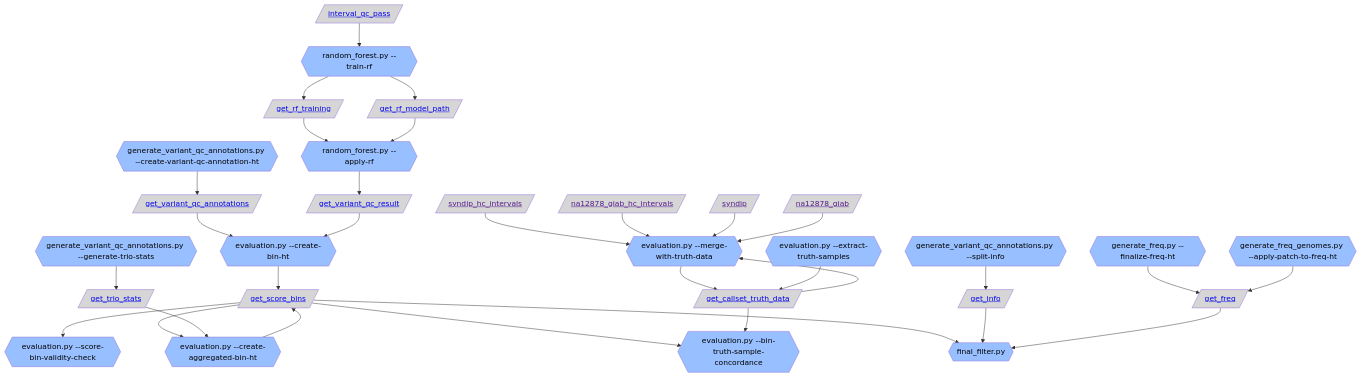
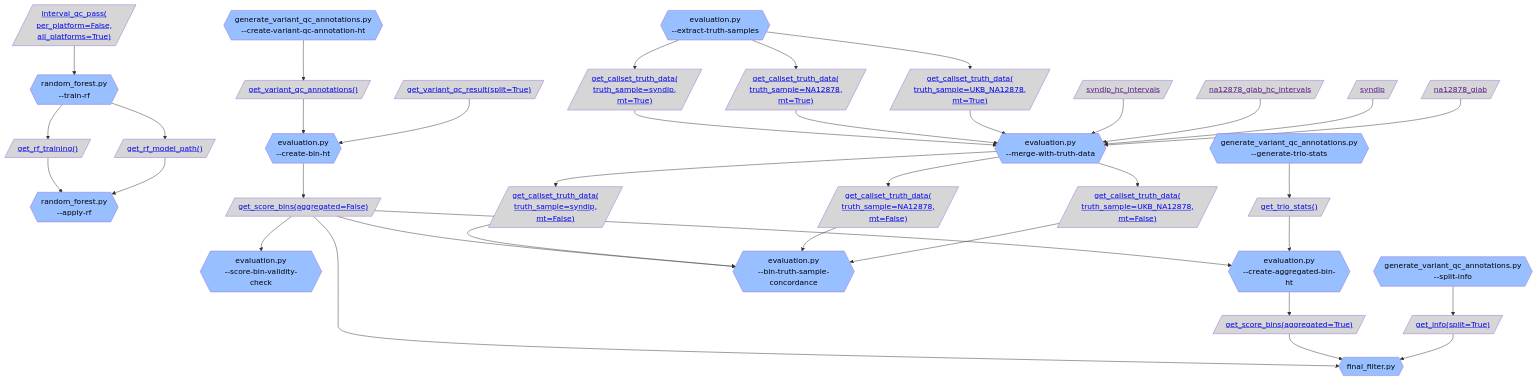
One commit to broadinstitute/gnomad_qc changed the first of 5 diagrams in gnomad_qc/v4/variant_qc/README.md. Above: the diagram before and after it, drawn with Mermaid. The commit also changed other lines of this file and 3 other files, not shown here.

````diff
--- a/gnomad_qc/v4/variant_qc/README.md
+++ b/gnomad_qc/v4/variant_qc/README.md
@@ -9,62 +9,95 @@
   classDef resource_color fill:#D6D6D6,color:#000000
   classDef validity_check_color fill:#2C5D4A,color:#000000
 
-  resource_interval_qc_pass[/"<a href='https://github.com/broadinstitute/gnomad_qc/tree/main/gnomad_qc/v4/resources/sample_qc.py#L306'>interval_qc_pass</a>"/]:::resource_color;
-  step_train_rf{{"random_forest.py --train-rf"}}:::step_color;
-  resource_get_rf_training[/"<a href='https://github.com/broadinstitute/gnomad_qc/tree/main/gnomad_qc/v4/resources/variant_qc.py#L238'>get_rf_training</a>"/]:::resource_color;
-  step_apply_rf{{"random_forest.py --apply-rf"}}:::step_color;
-  resource_get_rf_model_path[/"<a href='https://github.com/broadinstitute/gnomad_qc/tree/main/gnomad_qc/v4/resources/variant_qc.py#L222'>get_rf_model_path</a>"/]:::resource_color;
-  step_create_variant_qc_annotation_ht{{"generate_variant_qc_annotations.py --create-variant-qc-annotation-ht"}}:::step_color;
-  resource_get_variant_qc_annotations[/"<a href='https://github.com/broadinstitute/gnomad_qc/tree/main/gnomad_qc/v4/resources/annotations.py#L149'>get_variant_qc_annotations</a>"/]:::resource_color;
-  step_create_bin_ht{{"evaluation.py --create-bin-ht"}}:::step_color;
-  resource_get_variant_qc_result[/"<a href='https://github.com/broadinstitute/gnomad_qc/tree/main/gnomad_qc/v4/resources/variant_qc.py#L257'>get_variant_qc_result</a>"/]:::resource_color;
-  resource_get_score_bins[/"<a href='https://github.com/broadinstitute/gnomad_qc/tree/main/gnomad_qc/v4/resources/variant_qc.py#L156'>get_score_bins</a>"/]:::resource_color;
-  step_score_bin_validity_check{{"evaluation.py --score-bin-validity-check"}}:::step_color;
-  step_create_aggregated_bin_ht{{"evaluation.py --create-aggregated-bin-ht"}}:::step_color;
-  step_generate_trio_stats{{"generate_variant_qc_annotations.py --generate-trio-stats"}}:::step_color;
-  resource_get_trio_stats[/"<a href='https://github.com/broadinstitute/gnomad_qc/tree/main/gnomad_qc/v4/resources/annotations.py#L113'>get_trio_stats</a>"/]:::resource_color;
-  step_bin_truth_sample_concordance{{"evaluation.py --bin-truth-sample-concordance"}}:::step_color;
-  step_merge_with_truth_data{{"evaluation.py --merge-with-truth-data"}}:::step_color;
-  resource_get_callset_truth_data[/"<a href='https://github.com/broadinstitute/gnomad_qc/tree/main/gnomad_qc/v4/resources/variant_qc.py#L119'>get_callset_truth_data</a>"/]:::resource_color;
-  step_extract_truth_samples{{"evaluation.py --extract-truth-samples"}}:::step_color;
+  resource_interval_qc_pass_per_platform_False_all_platforms_True[/"<a href='https://github.com/broadinstitute/gnomad_qc/tree/main/gnomad_qc/v4/resources/sample_qc.py#L306'>interval_qc_pass(
+per_platform=False,
+all_platforms=True)</a>"/]:::resource_color;
+  step_train_rf{{"random_forest.py
+--train-rf"}}:::step_color;
+  resource_get_rf_training_[/"<a href='https://github.com/broadinstitute/gnomad_qc/tree/main/gnomad_qc/v4/resources/variant_qc.py#L238'>get_rf_training()</a>"/]:::resource_color;
+  step_apply_rf{{"random_forest.py
+--apply-rf"}}:::step_color;
+  resource_get_rf_model_path_[/"<a href='https://github.com/broadinstitute/gnomad_qc/tree/main/gnomad_qc/v4/resources/variant_qc.py#L222'>get_rf_model_path()</a>"/]:::resource_color;
+  step_create_variant_qc_annotation_ht{{"generate_variant_qc_annotations.py
+--create-variant-qc-annotation-ht"}}:::step_color;
+  resource_get_variant_qc_annotations_[/"<a href='https://github.com/broadinstitute/gnomad_qc/tree/main/gnomad_qc/v4/resources/annotations.py#L149'>get_variant_qc_annotations()</a>"/]:::resource_color;
+  step_create_bin_ht{{"evaluation.py
+--create-bin-ht"}}:::step_color;
+  resource_get_variant_qc_result_split_True[/"<a href='https://github.com/broadinstitute/gnomad_qc/tree/main/gnomad_qc/v4/resources/variant_qc.py#L257'>get_variant_qc_result(split=True)</a>"/]:::resource_color;
+  resource_get_score_bins_aggregated_False[/"<a href='https://github.com/broadinstitute/gnomad_qc/tree/main/gnomad_qc/v4/resources/variant_qc.py#L156'>get_score_bins(aggregated=False)</a>"/]:::resource_color;
+  step_score_bin_validity_check{{"evaluation.py
+--score-bin-validity-check"}}:::step_color;
+  step_create_aggregated_bin_ht{{"evaluation.py
+--create-aggregated-bin-ht"}}:::step_color;
+  step_generate_trio_stats{{"generate_variant_qc_annotations.py
+--generate-trio-stats"}}:::step_color;
+  resource_get_trio_stats_[/"<a href='https://github.com/broadinstitute/gnomad_qc/tree/main/gnomad_qc/v4/resources/annotations.py#L113'>get_trio_stats()</a>"/]:::resource_color;
+  step_bin_truth_sample_concordance{{"evaluation.py
+--bin-truth-sample-concordance"}}:::step_color;
+  step_merge_with_truth_data{{"evaluation.py
+--merge-with-truth-data"}}:::step_color;
+  resource_get_callset_truth_data_truth_sample_syndip_mt_False[/"<a href='https://github.com/broadinstitute/gnomad_qc/tree/main/gnomad_qc/v4/resources/variant_qc.py#L119'>get_callset_truth_data(
+truth_sample=syndip,
+mt=False)</a>"/]:::resource_color;
+  resource_get_callset_truth_data_truth_sample_NA12878_mt_False[/"<a href='https://github.com/broadinstitute/gnomad_qc/tree/main/gnomad_qc/v4/resources/variant_qc.py#L119'>get_callset_truth_data(
+truth_sample=NA12878,
+mt=False)</a>"/]:::resource_color;
+  resource_get_callset_truth_data_truth_sample_UKB_NA12878_mt_False[/"<a href='https://github.com/broadinstitute/gnomad_qc/tree/main/gnomad_qc/v4/resources/variant_qc.py#L119'>get_callset_truth_data(
+truth_sample=UKB_NA12878,
+mt=False)</a>"/]:::resource_color;
+  step_extract_truth_samples{{"evaluation.py
+--extract-truth-samples"}}:::step_color;
+  resource_get_callset_truth_data_truth_sample_syndip_mt_True[/"<a href='https://github.com/broadinstitute/gnomad_qc/tree/main/gnomad_qc/v4/resources/variant_qc.py#L119'>get_callset_truth_data(
+truth_sample=syndip,
+mt=True)</a>"/]:::resource_color;
+  resource_get_callset_truth_data_truth_sample_NA12878_mt_True[/"<a href='https://github.com/broadinstitute/gnomad_qc/tree/main/gnomad_qc/v4/resources/variant_qc.py#L119'>get_callset_truth_data(
+truth_sample=NA12878,
+mt=True)</a>"/]:::resource_color;
+  resource_get_callset_truth_data_truth_sample_UKB_NA12878_mt_True[/"<a href='https://github.com/broadinstitute/gnomad_qc/tree/main/gnomad_qc/v4/resources/variant_qc.py#L119'>get_callset_truth_data(
+truth_sample=UKB_NA12878,
+mt=True)</a>"/]:::resource_color;
   resource_syndip_hc_intervals[/"<a href=''>syndip_hc_intervals</a>"/]:::resource_color;
   resource_na12878_giab_hc_intervals[/"<a href=''>na12878_giab_hc_intervals</a>"/]:::resource_color;
   resource_syndip[/"<a href=''>syndip</a>"/]:::resource_color;
   resource_na12878_giab[/"<a href=''>na12878_giab</a>"/]:::resource_color;
   step_final_filter.py{{"final_filter.py"}}:::step_color;
-  step_split_info{{"generate_variant_qc_annotations.py --split-info"}}:::step_color;
-  resource_get_info[/"<a href='https://github.com/broadinstitute/gnomad_qc/tree/main/gnomad_qc/v4/resources/annotations.py#L47'>get_info</a>"/]:::resource_color;
-  step_finalize_freq_ht{{"generate_freq.py --finalize-freq-ht"}}:::step_color;
-  resource_get_freq[/"<a href='https://github.com/broadinstitute/gnomad_qc/tree/main/gnomad_qc/v4/resources/annotations.py#L284'>get_freq</a>"/]:::resource_color;
-  step_apply_patch_to_freq_ht{{"generate_freq_genomes.py --apply-patch-to-freq-ht"}}:::step_color;
-  resource_interval_qc_pass --> step_train_rf;
-  step_train_rf --> resource_get_rf_training;
-  resource_get_rf_training --> step_apply_rf;
-  step_train_rf --> resource_get_rf_model_path;
-  resource_get_rf_model_path --> step_apply_rf;
-  step_create_variant_qc_annotation_ht --> resource_get_variant_qc_annotations;
-  resource_get_variant_qc_annotations --> step_create_bin_ht;
-  resource_get_variant_qc_result --> step_create_bin_ht;
-  step_apply_rf --> resource_get_variant_qc_result;
-  step_create_bin_ht --> resource_get_score_bins;
-  resource_get_score_bins --> step_score_bin_validity_check;
-  resource_get_score_bins --> step_create_aggregated_bin_ht;
-  step_generate_trio_stats --> resource_get_trio_stats;
-  resource_get_trio_stats --> step_create_aggregated_bin_ht;
-  resource_get_score_bins --> step_bin_truth_sample_concordance;
-  step_merge_with_truth_data --> resource_get_callset_truth_data;
-  resource_get_callset_truth_data --> step_bin_truth_sample_concordance;
-  step_extract_truth_samples --> resource_get_callset_truth_data;
-  resource_get_callset_truth_data --> step_merge_with_truth_data;
+  resource_get_score_bins_aggregated_True[/"<a href='https://github.com/broadinstitute/gnomad_qc/tree/main/gnomad_qc/v4/resources/variant_qc.py#L156'>get_score_bins(aggregated=True)</a>"/]:::resource_color;
+  step_split_info{{"generate_variant_qc_annotations.py
+--split-info"}}:::step_color;
+  resource_get_info_split_True[/"<a href='https://github.com/broadinstitute/gnomad_qc/tree/main/gnomad_qc/v4/resources/annotations.py#L47'>get_info(split=True)</a>"/]:::resource_color;
+  resource_interval_qc_pass_per_platform_False_all_platforms_True --> step_train_rf;
+  step_train_rf --> resource_get_rf_training_;
+  resource_get_rf_training_ --> step_apply_rf;
+  step_train_rf --> resource_get_rf_model_path_;
+  resource_get_rf_model_path_ --> step_apply_rf;
+  step_create_variant_qc_annotation_ht --> resource_get_variant_qc_annotations_;
+  resource_get_variant_qc_annotations_ --> step_create_bin_ht;
+  resource_get_variant_qc_result_split_True --> step_create_bin_ht;
+  step_create_bin_ht --> resource_get_score_bins_aggregated_False;
+  resource_get_score_bins_aggregated_False --> step_score_bin_validity_check;
+  resource_get_score_bins_aggregated_False --> step_create_aggregated_bin_ht;
+  step_generate_trio_stats --> resource_get_trio_stats_;
+  resource_get_trio_stats_ --> step_create_aggregated_bin_ht;
+  resource_get_score_bins_aggregated_False --> step_bin_truth_sample_concordance;
+  step_merge_with_truth_data --> resource_get_callset_truth_data_truth_sample_syndip_mt_False;
+  resource_get_callset_truth_data_truth_sample_syndip_mt_False --> step_bin_truth_sample_concordance;
+  step_merge_with_truth_data --> resource_get_callset_truth_data_truth_sample_NA12878_mt_False;
+  resource_get_callset_truth_data_truth_sample_NA12878_mt_False --> step_bin_truth_sample_concordance;
+  step_merge_with_truth_data --> resource_get_callset_truth_data_truth_sample_UKB_NA12878_mt_False;
+  resource_get_callset_truth_data_truth_sample_UKB_NA12878_mt_False --> step_bin_truth_sample_concordance;
+  step_extract_truth_samples --> resource_get_callset_truth_data_truth_sample_syndip_mt_True;
+  resource_get_callset_truth_data_truth_sample_syndip_mt_True --> step_merge_with_truth_data;
+  step_extract_truth_samples --> resource_get_callset_truth_data_truth_sample_NA12878_mt_True;
+  resource_get_callset_truth_data_truth_sample_NA12878_mt_True --> step_merge_with_truth_data;
+  step_extract_truth_samples --> resource_get_callset_truth_data_truth_sample_UKB_NA12878_mt_True;
+  resource_get_callset_truth_data_truth_sample_UKB_NA12878_mt_True --> step_merge_with_truth_data;
   resource_syndip_hc_intervals --> step_merge_with_truth_data;
   resource_na12878_giab_hc_intervals --> step_merge_with_truth_data;
   resource_syndip --> step_merge_with_truth_data;
   resource_na12878_giab --> step_merge_with_truth_data;
-  resource_get_score_bins --> step_final_filter.py;
-  step_create_aggregated_bin_ht --> resource_get_score_bins;
-  step_split_info --> resource_get_info;
-  resource_get_info --> step_final_filter.py;
-  step_finalize_freq_ht --> resource_get_freq;
-  resource_get_freq --> step_final_filter.py;
-  step_apply_patch_to_freq_ht --> resource_get_freq;
+  resource_get_score_bins_aggregated_False --> step_final_filter.py;
+  step_create_aggregated_bin_ht --> resource_get_score_bins_aggregated_True;
+  resource_get_score_bins_aggregated_True --> step_final_filter.py;
+  step_split_info --> resource_get_info_split_True;
+  resource_get_info_split_True --> step_final_filter.py;
 ```
````
